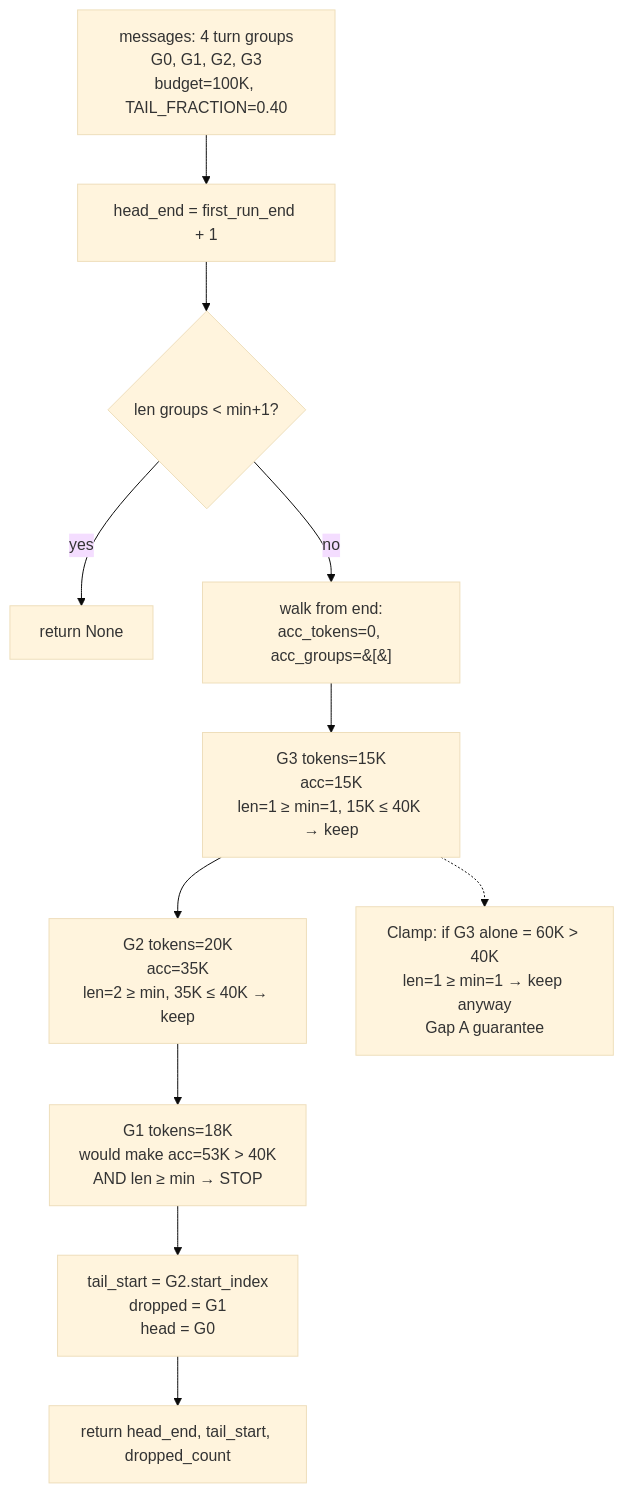
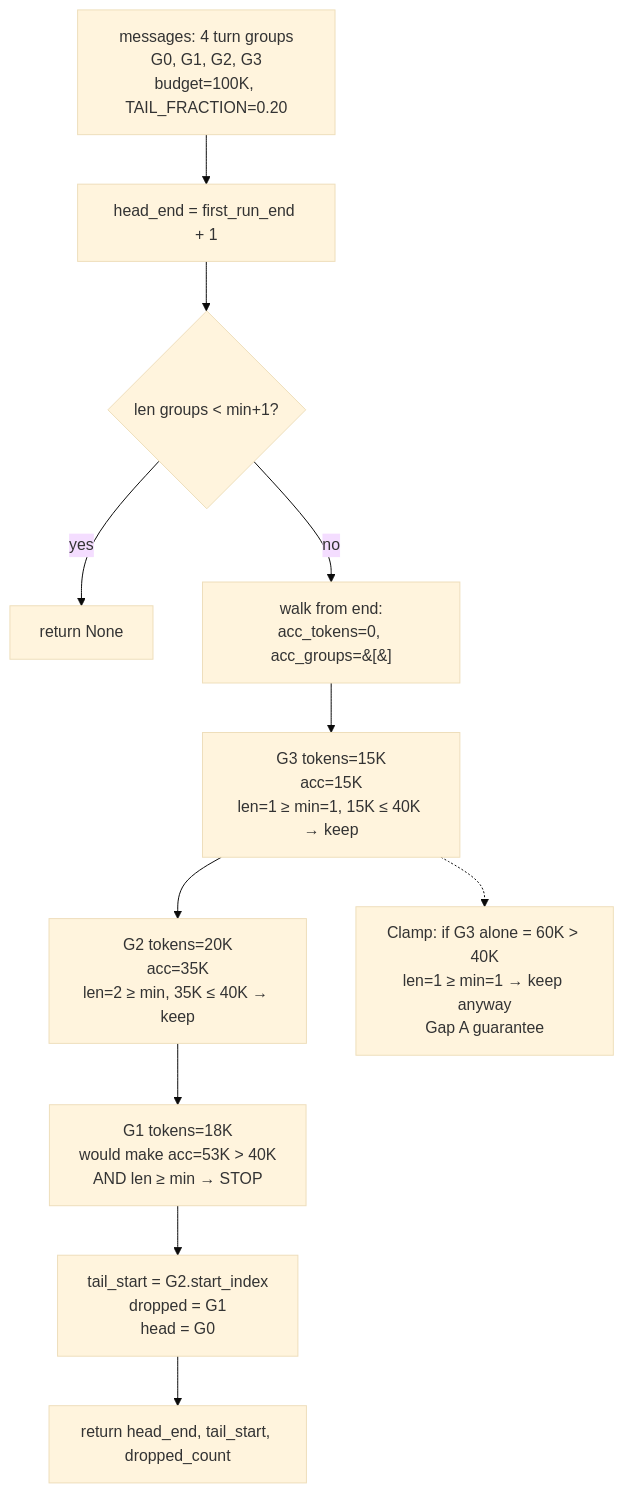
One commit to binlecode/co-cli changed the fifth of 5 diagrams in docs/specs/compaction.md. Above: the diagram before and after it, drawn with Mermaid (base theme). The commit also changed other lines of this file and 19 other files, not shown here.

````diff
--- a/docs/specs/compaction.md
+++ b/docs/specs/compaction.md
@@ -237,16 +236,16 @@
 ```mermaid
 flowchart TD
-    Start[messages: 4 turn groups<br/>G0, G1, G2, G3<br/>budget=100K, TAIL_FRACTION=0.40]
+    Start[messages: 4 turn groups<br/>G0, G1, G2, G3<br/>budget=100K, TAIL_FRACTION=0.20]
     Start --> Init[head_end = first_run_end + 1]
     Init --> Check{len groups &lt; min+1?}
     Check -->|yes| Abort[return None]
     Check -->|no| W0[walk from end:<br/>acc_tokens=0, acc_groups=&#91;&#93;]
     W0 --> W1[G3 tokens=15K<br/>acc=15K<br/>len=1 ≥ min=1, 15K ≤ 40K → keep]
     W1 --> W2[G2 tokens=20K<br/>acc=35K<br/>len=2 ≥ min, 35K ≤ 40K → keep]
     W2 --> W3[G1 tokens=18K<br/>would make acc=53K &gt; 40K<br/>AND len ≥ min → STOP]
     W3 --> Result[tail_start = G2.start_index<br/>dropped = G1<br/>head = G0]
     Result --> Final[return head_end, tail_start, dropped_count]
 
     note1[Clamp: if G3 alone = 60K &gt; 40K<br/>len=1 ≥ min=1 → keep anyway<br/>Gap A guarantee]
     W1 -.-> note1
 ```
````
